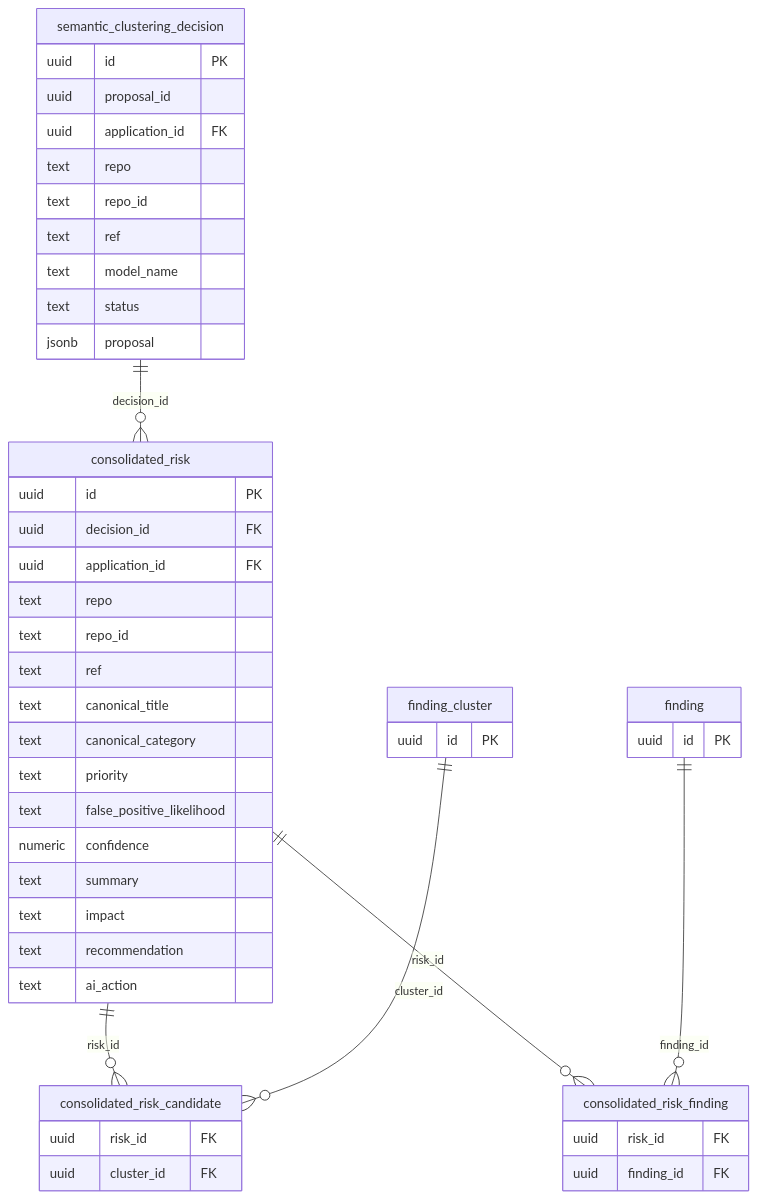
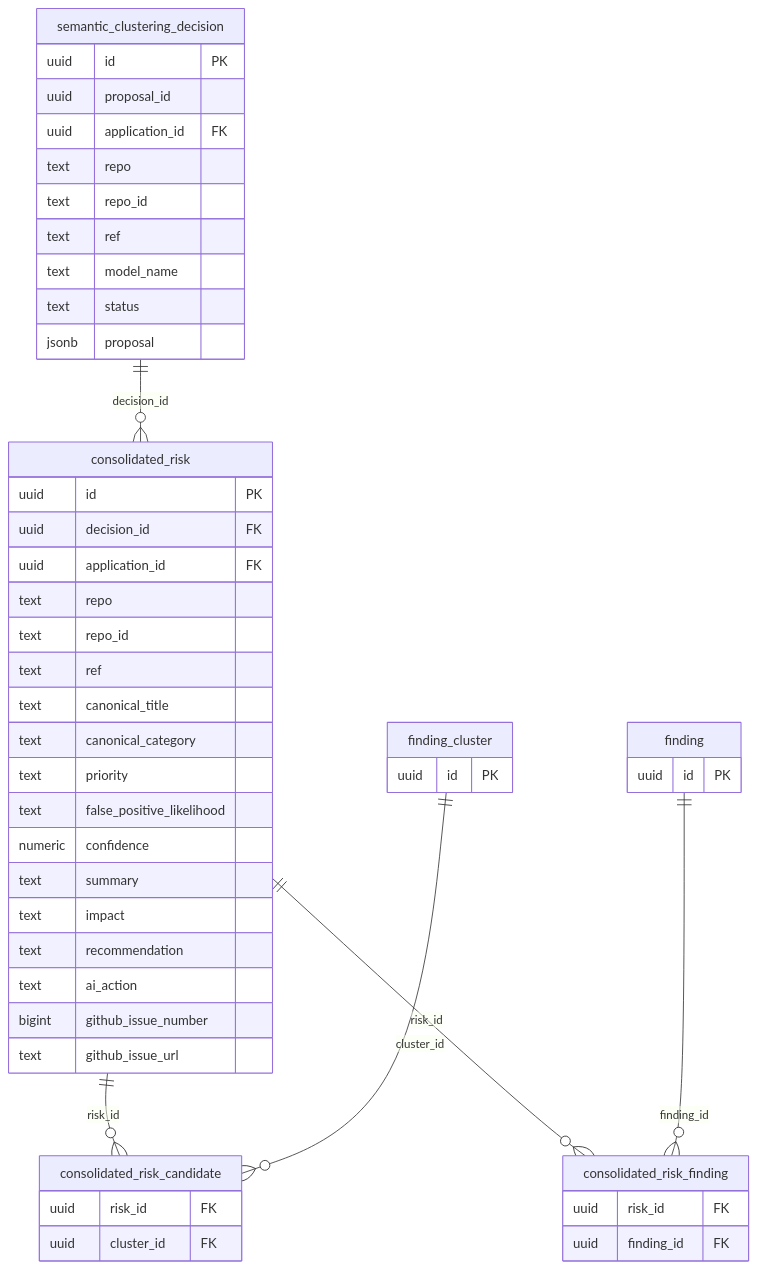
Before and after one commit to OdinEye-FIAP/aspm-docs: the fifth of 5 diagrams in docs/reference/database-schema.md, drawn with Mermaid. The commit also changed other lines of this file, not shown here.

Commit message:
docs: corrigir schema do banco (sarif_raw, alerts, security_gate_evaluations, quality_gate_runs scope, consolidated_risk github_issue)

````diff
--- a/docs/reference/database-schema.md
+++ b/docs/reference/database-schema.md
@@ -412,51 +416,53 @@
 ```mermaid
 erDiagram
     semantic_clustering_decision {
         uuid id PK
         uuid proposal_id
         uuid application_id FK
         text repo
         text repo_id
         text ref
         text model_name
         text status
         jsonb proposal
     }
     consolidated_risk {
         uuid id PK
         uuid decision_id FK
         uuid application_id FK
         text repo
         text repo_id
         text ref
         text canonical_title
         text canonical_category
         text priority
         text false_positive_likelihood
         numeric confidence
         text summary
         text impact
         text recommendation
         text ai_action
+        bigint github_issue_number
+        text github_issue_url
     }
     consolidated_risk_candidate {
         uuid risk_id FK
         uuid cluster_id FK
     }
     consolidated_risk_finding {
         uuid risk_id FK
         uuid finding_id FK
     }
     finding_cluster {
         uuid id PK
     }
     finding {
         uuid id PK
     }
 
     semantic_clustering_decision ||--o{ consolidated_risk : "decision_id"
     consolidated_risk ||--o{ consolidated_risk_candidate : "risk_id"
     consolidated_risk ||--o{ consolidated_risk_finding : "risk_id"
     finding_cluster ||--o{ consolidated_risk_candidate : "cluster_id"
     finding ||--o{ consolidated_risk_finding : "finding_id"
 ```
````
